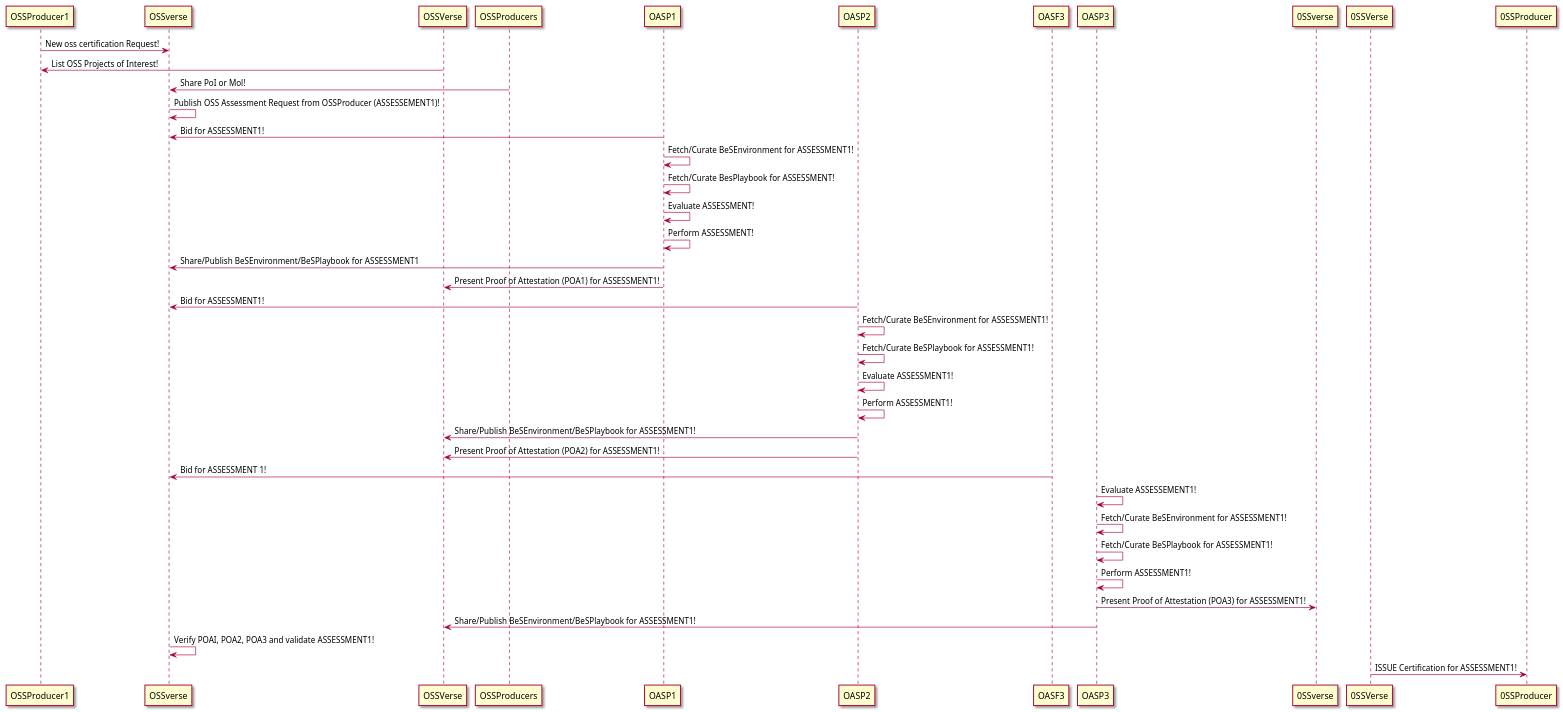
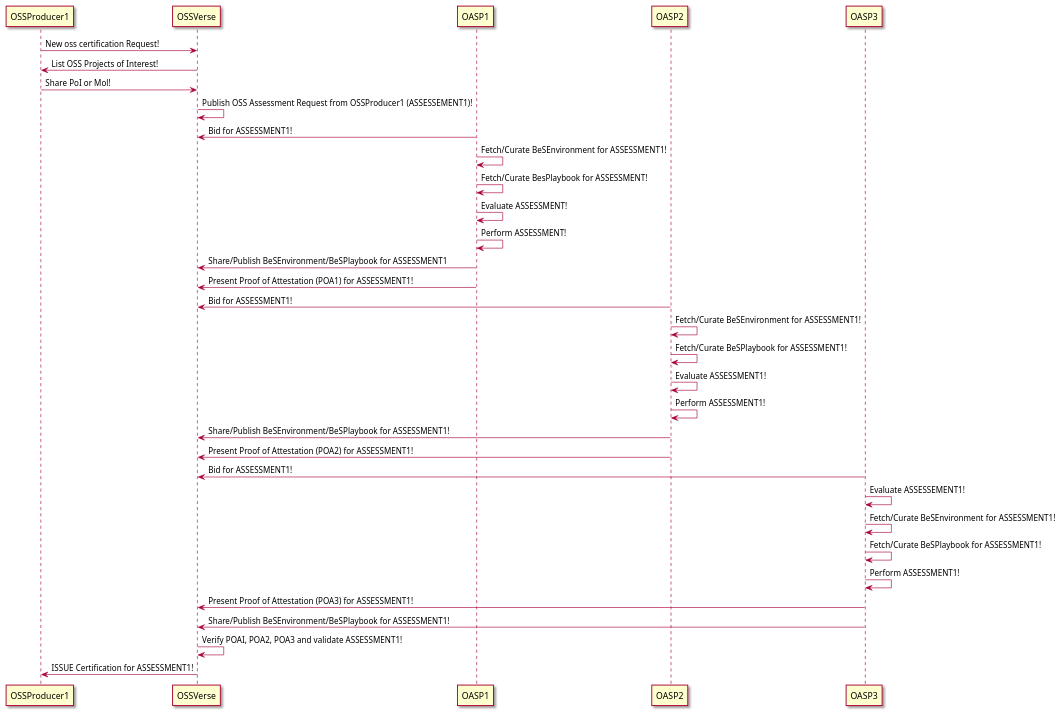
The diagram in OSSProducerOSSVerseCertifyWF.puml (OSSVerse/OSSVerse), drawn with PlantUML before and after one commit.

Commit message:
Update OSSProducerOSSVerseCertifyWF.puml
Fixed typos

```diff
--- a/OSSProducerOSSVerseCertifyWF.puml
+++ b/OSSProducerOSSVerseCertifyWF.puml
@@ -1,59 +1,59 @@
 @startuml
 
 skin rose
 
-OSSProducer1 -> OSSverse: New oss certification Request!
+OSSProducer1 -> OSSVerse: New oss certification Request!
 
 OSSVerse -> OSSProducer1: List OSS Projects of Interest!
 
-OSSProducers -> OSSverse: Share PoI or Mol!
+OSSProducer1 -> OSSVerse: Share PoI or Mol!
 
-OSSverse -> OSSverse: Publish OSS Assessment Request from OSSProducer (ASSESSEMENT1)!
+OSSVerse -> OSSVerse: Publish OSS Assessment Request from OSSProducer1 (ASSESSEMENT1)!
 
-OASP1 ->OSSverse: Bid for ASSESSMENT1!
+OASP1 -> OSSVerse: Bid for ASSESSMENT1!
 
 OASP1 -> OASP1: Fetch/Curate BeSEnvironment for ASSESSMENT1!
 
 OASP1 -> OASP1: Fetch/Curate BesPlaybook for ASSESSMENT!
 
 OASP1 -> OASP1: Evaluate ASSESSMENT!
 
 OASP1 -> OASP1: Perform ASSESSMENT!
 
-OASP1 -> OSSverse: Share/Publish BeSEnvironment/BeSPlaybook for ASSESSMENT1
+OASP1 -> OSSVerse: Share/Publish BeSEnvironment/BeSPlaybook for ASSESSMENT1
 
 OASP1 -> OSSVerse: Present Proof of Attestation (POA1) for ASSESSMENT1!
 
-OASP2 -> OSSverse: Bid for ASSESSMENT1!
+OASP2 -> OSSVerse: Bid for ASSESSMENT1!
 
 OASP2 -> OASP2: Fetch/Curate BeSEnvironment for ASSESSMENT1!
 
 OASP2 -> OASP2: Fetch/Curate BeSPlaybook for ASSESSMENT1!
 
 OASP2 -> OASP2: Evaluate ASSESSMENT1!
 
 OASP2 -> OASP2: Perform ASSESSMENT1!
 
 OASP2 -> OSSVerse: Share/Publish BeSEnvironment/BeSPlaybook for ASSESSMENT1!
 
 OASP2 -> OSSVerse: Present Proof of Attestation (POA2) for ASSESSMENT1!
 
-OASF3 -> OSSverse: Bid for ASSESSMENT 1!
+OASP3 -> OSSVerse: Bid for ASSESSMENT1!
 
 OASP3 -> OASP3: Evaluate ASSESSEMENT1!
 
 OASP3 -> OASP3: Fetch/Curate BeSEnvironment for ASSESSMENT1!
 
 OASP3 -> OASP3: Fetch/Curate BeSPlaybook for ASSESSMENT1!
 
 OASP3 -> OASP3: Perform ASSESSMENT1!
 
-OASP3 -> 0SSverse : Present Proof of Attestation (POA3) for ASSESSMENT1!
+OASP3 -> OSSVerse: Present Proof of Attestation (POA3) for ASSESSMENT1!
 
 OASP3 -> OSSVerse: Share/Publish BeSEnvironment/BeSPlaybook for ASSESSMENT1!
 
-OSSverse -> OSSverse: Verify POAI, POA2, POA3 and validate ASSESSMENT1!
+OSSVerse -> OSSVerse: Verify POAI, POA2, POA3 and validate ASSESSMENT1!
 
-0SSVerse -> 0SSProducer: ISSUE Certification for ASSESSMENT1!
+OSSVerse -> OSSProducer1: ISSUE Certification for ASSESSMENT1!
 
 @enduml
```
